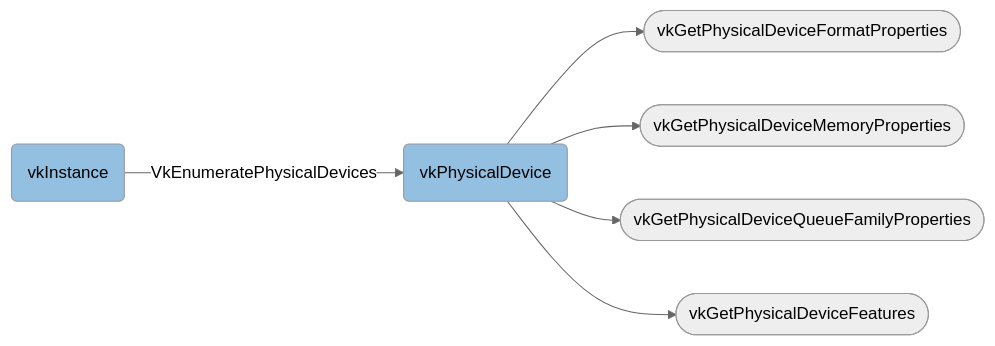
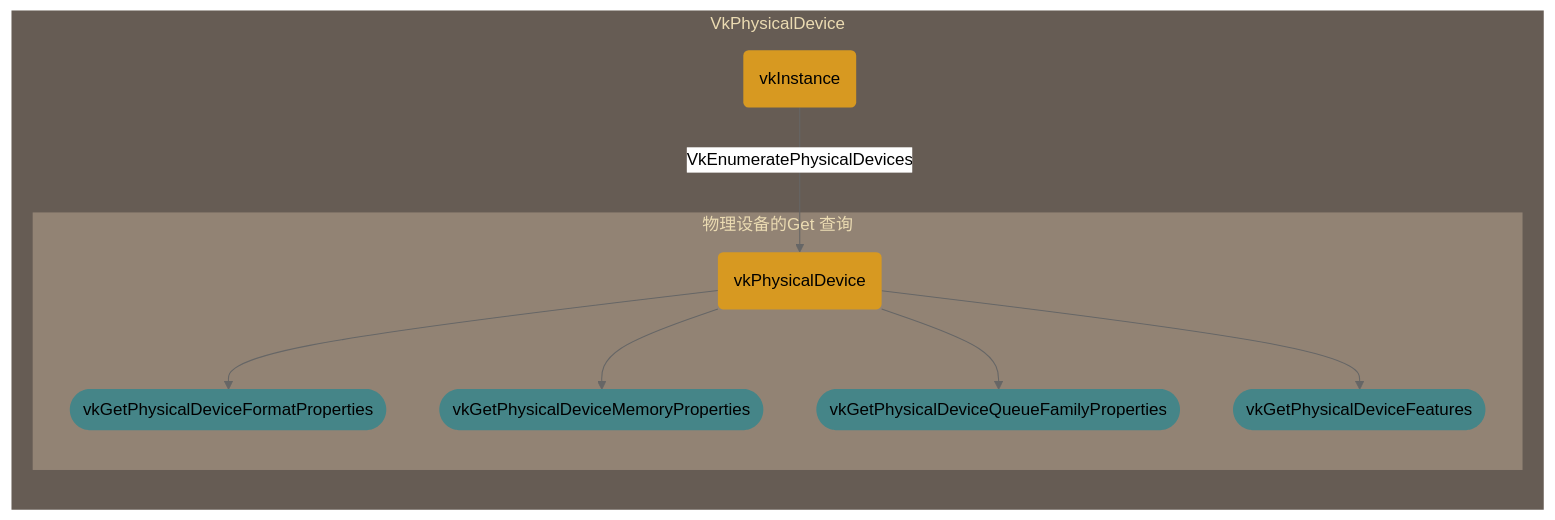
One commit to yslib/mynotes changed the third of 4 diagrams in graphics/vulkan/Overview.md. Above: the diagram before and after it, drawn with Mermaid (neutral theme). The commit also changed other lines of this file, not shown here.

````diff
--- a/graphics/vulkan/Overview.md
+++ b/graphics/vulkan/Overview.md
@@ -81,13 +90,20 @@
 ```mermaid
 graph LR
+subgraph g0[VkPhysicalDevice]
 linkStyle default interpolate basis
 i(vkInstance):::vkobj--VkEnumeratePhysicalDevices-->p(vkPhysicalDevice):::vkobj
+subgraph g1[物理设备的Get 查询]
 p-->a([vkGetPhysicalDeviceFormatProperties]):::get
 p-->c([vkGetPhysicalDeviceMemoryProperties]):::get
 p-->d([vkGetPhysicalDeviceQueueFamilyProperties]):::get
 p-->e([vkGetPhysicalDeviceFeatures]):::get
+end
+end
 
-classDef vkobj fill:#93BFE1
-classDef get fill::#282828
-classDef none fill:#7FDBDA
+classDef field fill:#689d6a,stroke-width:0px;
+classDef vkobj fill:#d79921,stroke-width:0px;
+classDef cistyle fill:#b16286,stroke-width:0px;
+classDef get fill:#458588,stroke-width:0px;
+style g1 fill:#928374,stroke-width:0px,color:#ebdbb2;
+style g0 fill:#665c54,stroke-width:0px,color:#ebdbb2;
 ```
````
